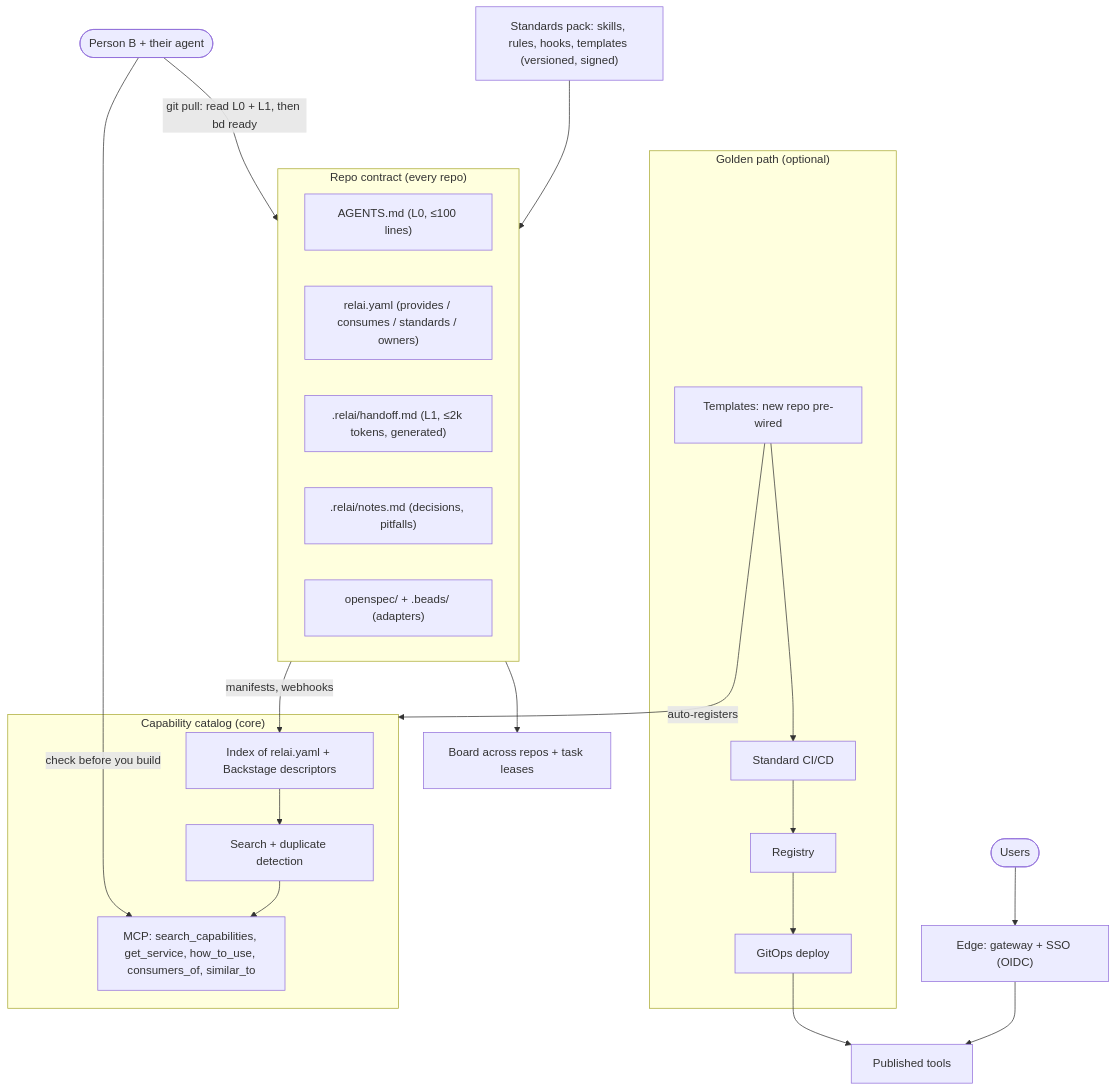
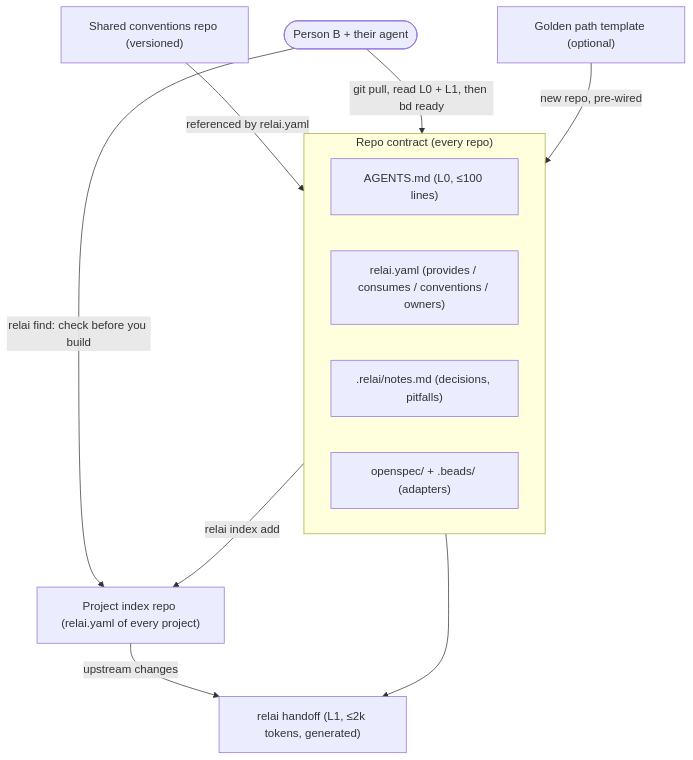
Before and after one commit to ECG-Rudy-Glt/RELAI: the diagram in docs/DESIGN.md, drawn with Mermaid. The commit also changed other lines of this file and 3 other files, not shown here.

````diff
--- a/docs/DESIGN.md
+++ b/docs/DESIGN.md
@@ -59,28 +64,18 @@
 ```mermaid
 flowchart TB
-  users([Users]) --> edge["Edge: gateway + SSO (OIDC)"]
-  edge --> tools["Published tools"]
-  subgraph golden["Golden path (optional)"]
-    tpl["Templates: new repo pre-wired"] --> cicd["Standard CI/CD"] --> reg["Registry"] --> gitops["GitOps deploy"]
-  end
-  gitops --> tools
-  tpl -- auto-registers --> catalog
-  subgraph catalog["Capability catalog (core)"]
-    idx["Index of relai.yaml + Backstage descriptors"]
-    search["Search + duplicate detection"]
-    mcp["MCP: search_capabilities, get_service, how_to_use, consumers_of, similar_to"]
-    idx --> search --> mcp
-  end
   subgraph repo["Repo contract (every repo)"]
     agents["AGENTS.md (L0, ≤100 lines)"]
-    manifest["relai.yaml (provides / consumes / standards / owners)"]
-    handoff[".relai/handoff.md (L1, ≤2k tokens, generated)"]
+    manifest["relai.yaml (provides / consumes / conventions / owners)"]
     notes[".relai/notes.md (decisions, pitfalls)"]
     specs["openspec/ + .beads/ (adapters)"]
   end
-  pack["Standards pack: skills, rules, hooks, templates (versioned, signed)"] --> repo
-  repo -- manifests, webhooks --> idx
-  agent(["Person B + their agent"]) -- "git pull: read L0 + L1, then bd ready" --> repo
-  agent -- "check before you build" --> mcp
-  repo --> board["Board across repos + task leases"]
+  handoff["relai handoff (L1, ≤2k tokens, generated)"]
+  repo --> handoff
+  conv["Shared conventions repo (versioned)"] -- "referenced by relai.yaml" --> repo
+  index["Project index repo (relai.yaml of every project)"]
+  repo -- "relai index add" --> index
+  index -- "upstream changes" --> handoff
+  person(["Person B + their agent"]) -- "git pull, read L0 + L1, then bd ready" --> repo
+  person -- "relai find: check before you build" --> index
+  tpl["Golden path template (optional)"] -- "new repo, pre-wired" --> repo
 ```
````
